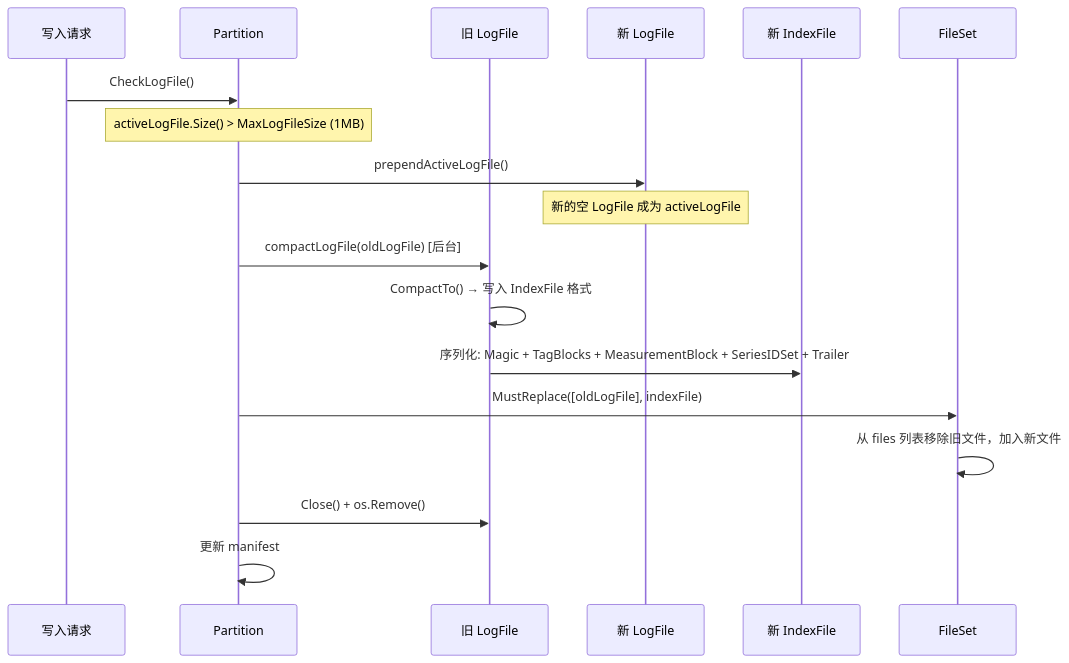
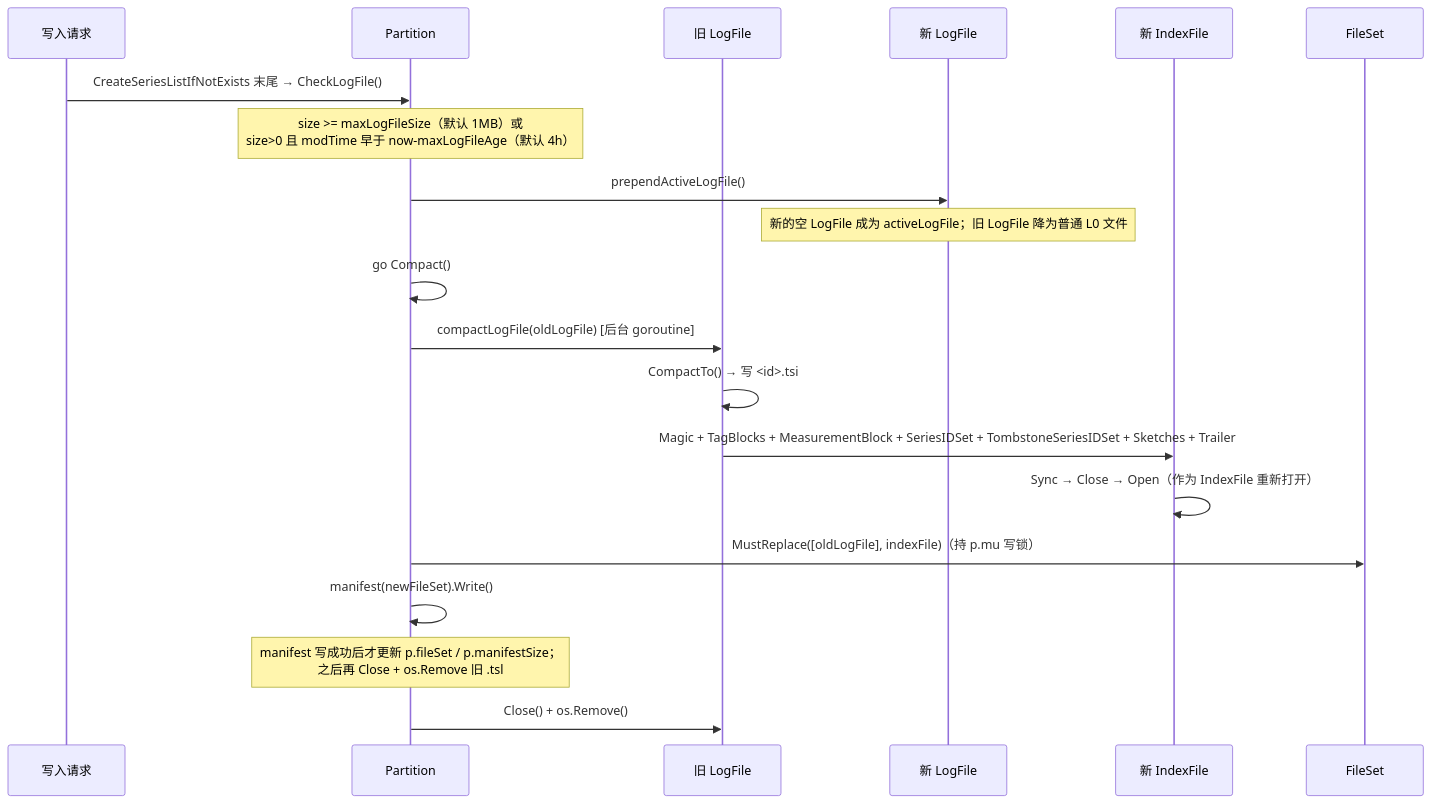
The tenth of 16 diagrams in docs/specs/02_index_system_spec.md (stefanv5/influxdb), drawn with Mermaid before and after one commit. The commit also changed other lines of this file and 16 other files, not shown here.

First line of the commit message:
docs: correct and deepen the 17 architecture specs

````diff
--- a/docs/specs/02_index_system_spec.md
+++ b/docs/specs/02_index_system_spec.md
@@ -1001,25 +1479,27 @@
 ```mermaid
 sequenceDiagram
     participant Writer as 写入请求
     participant Partition as Partition
     participant OldLog as 旧 LogFile
     participant NewLog as 新 LogFile
     participant IndexFile as 新 IndexFile
     participant FileSet as FileSet
 
-    Writer->>Partition: CheckLogFile()
-    Note over Partition: activeLogFile.Size() > MaxLogFileSize (1MB)
+    Writer->>Partition: CreateSeriesListIfNotExists 末尾 → CheckLogFile()
+    Note over Partition: size >= maxLogFileSize（默认 1MB）或<br/>size>0 且 modTime 早于 now-maxLogFileAge（默认 4h）
 
     Partition->>NewLog: prependActiveLogFile()
-    Note over NewLog: 新的空 LogFile 成为 activeLogFile
+    Note over NewLog: 新的空 LogFile 成为 activeLogFile；旧 LogFile 降为普通 L0 文件
 
-    Partition->>OldLog: compactLogFile(oldLogFile) [后台]
-    OldLog->>OldLog: CompactTo() → 写入 IndexFile 格式
-    OldLog->>IndexFile: 序列化: Magic + TagBlocks + MeasurementBlock + SeriesIDSet + Trailer
+    Partition->>Partition: go Compact()
+    Partition->>OldLog: compactLogFile(oldLogFile) [后台 goroutine]
+    OldLog->>OldLog: CompactTo() → 写 <id>.tsi
+    OldLog->>IndexFile: Magic + TagBlocks + MeasurementBlock + SeriesIDSet + TombstoneSeriesIDSet + Sketches + Trailer
+    IndexFile->>IndexFile: Sync → Close → Open（作为 IndexFile 重新打开）
 
-    Partition->>FileSet: MustReplace([oldLogFile], indexFile)
-    FileSet->>FileSet: 从 files 列表移除旧文件，加入新文件
+    Partition->>FileSet: MustReplace([oldLogFile], indexFile)（持 p.mu 写锁）
+    Partition->>Partition: manifest(newFileSet).Write()
+    Note over Partition: manifest 写成功后才更新 p.fileSet / p.manifestSize；<br/>之后再 Close + os.Remove 旧 .tsl
 
     Partition->>OldLog: Close() + os.Remove()
-    Partition->>Partition: 更新 manifest
 ```
````
